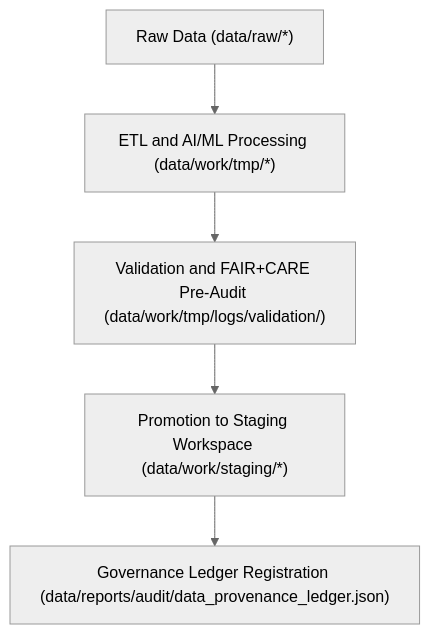
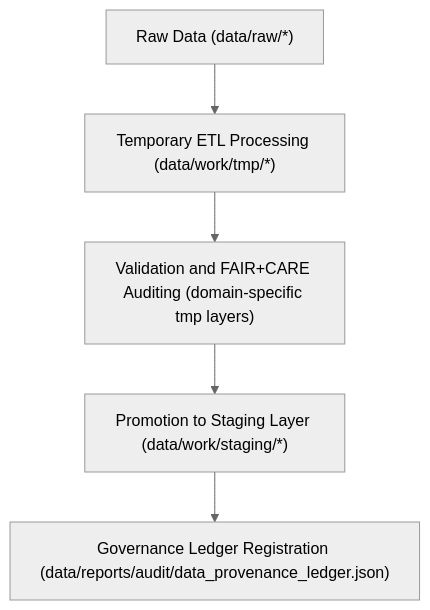
One commit to bartytime4life/Kansas-Frontier-Matrix changed the diagram in data/work/tmp/README.md. Above: the diagram before and after it, drawn with Mermaid (neutral theme). The commit also changed other lines of this file, not shown here.

First line of the commit message:
Revise README for clarity on TMP workspace usage

````diff
--- a/data/work/tmp/README.md
+++ b/data/work/tmp/README.md
@@ -81,7 +64,7 @@
 ```mermaid
 flowchart TD
-    A["Raw Data (data/raw/*)"] --> B["ETL and AI/ML Processing (data/work/tmp/*)"]
-    B --> C["Validation and FAIR+CARE Pre-Audit (data/work/tmp/logs/validation/)"]
-    C --> D["Promotion to Staging Workspace (data/work/staging/*)"]
+    A["Raw Data (data/raw/*)"] --> B["Temporary ETL Processing (data/work/tmp/*)"]
+    B --> C["Validation and FAIR+CARE Auditing (domain-specific tmp layers)"]
+    C --> D["Promotion to Staging Layer (data/work/staging/*)"]
     D --> E["Governance Ledger Registration (data/reports/audit/data_provenance_ledger.json)"]
 ```
````
